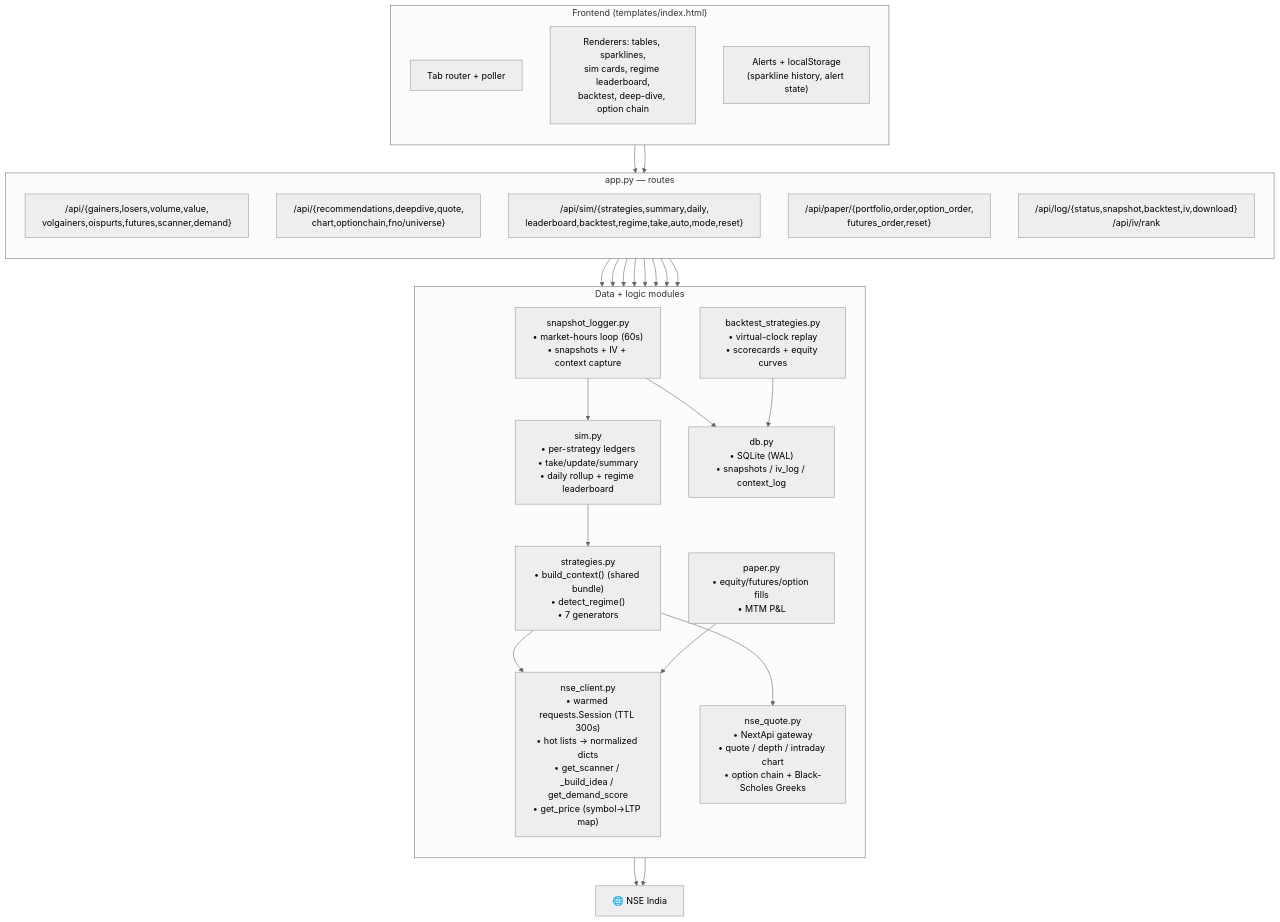
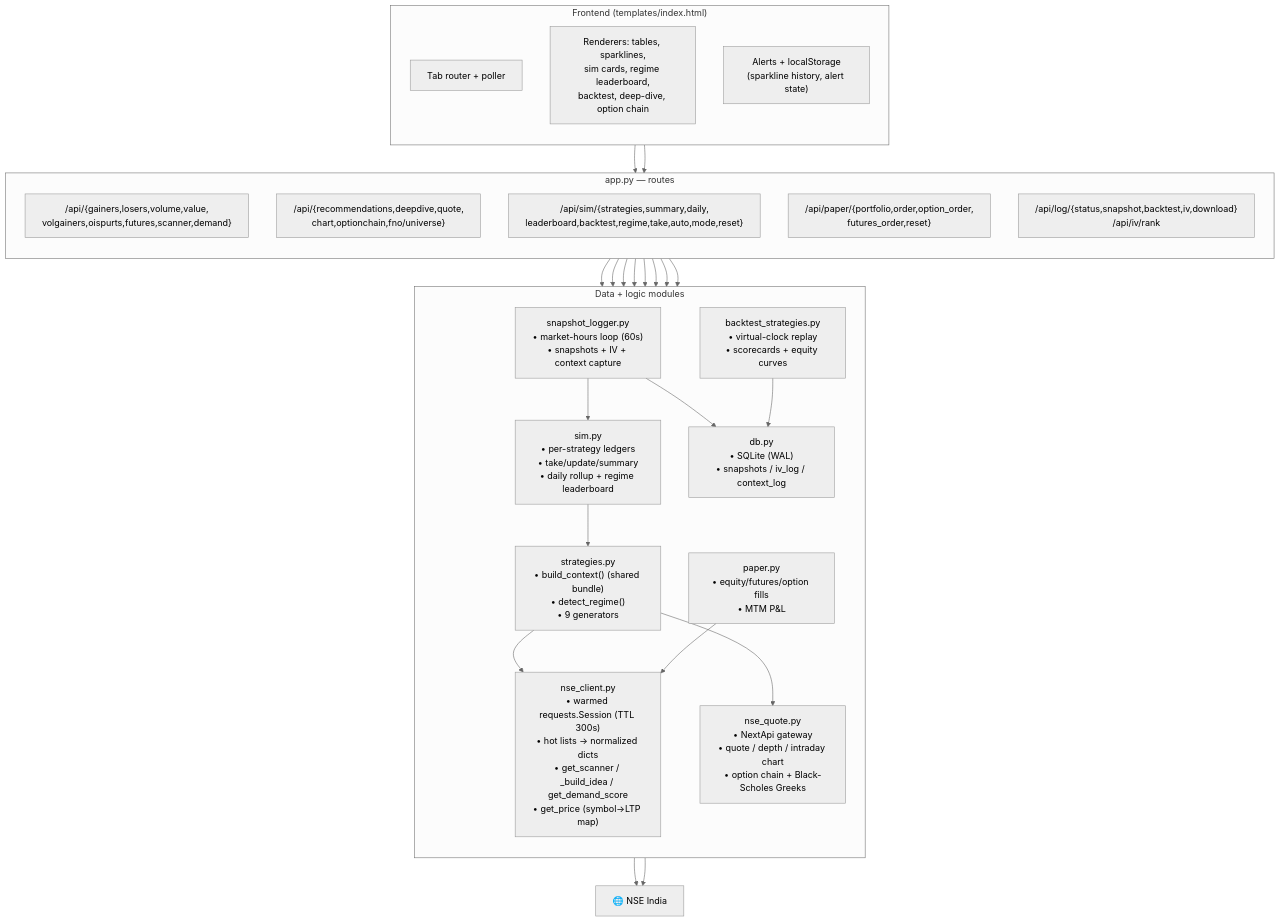
Before and after one commit to aakash-jain-1/nse-market-pulse: the second of 7 diagrams in README.md, drawn with Mermaid (neutral theme). The commit also changed other lines of this file and 2 other files, not shown here.

First line of the commit message:
Add two minute-candle strategies: Opening-Range Breakout + Intraday VWAP

````diff
--- a/README.md
+++ b/README.md
@@ -130,47 +130,47 @@
 ```mermaid
 flowchart TB
     subgraph FE["Frontend (templates/index.html)"]
         direction TB
         TABS["Tab router + poller"]
         REND["Renderers: tables, sparklines,<br/>sim cards, regime leaderboard,<br/>backtest, deep-dive, option chain"]
         ALERT["Alerts + localStorage<br/>(sparkline history, alert state)"]
     end
 
     subgraph API["app.py — routes"]
         direction TB
         R1["/api/{gainers,losers,volume,value,<br/>volgainers,oispurts,futures,scanner,demand}"]
         R2["/api/{recommendations,deepdive,quote,<br/>chart,optionchain,fno/universe}"]
         R3["/api/sim/{strategies,summary,daily,<br/>leaderboard,backtest,regime,take,auto,mode,reset}"]
         R4["/api/paper/{portfolio,order,option_order,<br/>futures_order,reset}"]
         R5["/api/log/{status,snapshot,backtest,iv,download}<br/>/api/iv/rank"]
     end
 
     subgraph DATA["Data + logic modules"]
         direction TB
         NC["nse_client.py<br/>• warmed requests.Session (TTL 300s)<br/>• hot lists → normalized dicts<br/>• get_scanner / _build_idea / get_demand_score<br/>• get_price (symbol→LTP map)"]
         NQ["nse_quote.py<br/>• NextApi gateway<br/>• quote / depth / intraday chart<br/>• option chain + Black-Scholes Greeks"]
-        ST["strategies.py<br/>• build_context() (shared bundle)<br/>• detect_regime()<br/>• 7 generators"]
+        ST["strategies.py<br/>• build_context() (shared bundle)<br/>• detect_regime()<br/>• 9 generators"]
         SM["sim.py<br/>• per-strategy ledgers<br/>• take/update/summary<br/>• daily rollup + regime leaderboard"]
         BK["backtest_strategies.py<br/>• virtual-clock replay<br/>• scorecards + equity curves"]
         PP["paper.py<br/>• equity/futures/option fills<br/>• MTM P&L"]
         SL["snapshot_logger.py<br/>• market-hours loop (60s)<br/>• snapshots + IV + context capture"]
         DBM["db.py<br/>• SQLite (WAL)<br/>• snapshots / iv_log / context_log"]
     end
 
     NSEAPI["🌐 NSE India"]
 
     TABS --> API
     REND --> API
     R1 --> NC
     R2 --> NC & NQ
     R3 --> SM & BK & ST
     R4 --> PP
     R5 --> SL
     NC --> NSEAPI
     NQ --> NSEAPI
     ST --> NC & NQ
     SM --> ST
     SL --> SM & DBM
     BK --> DBM
     PP --> NC
 ```
````
